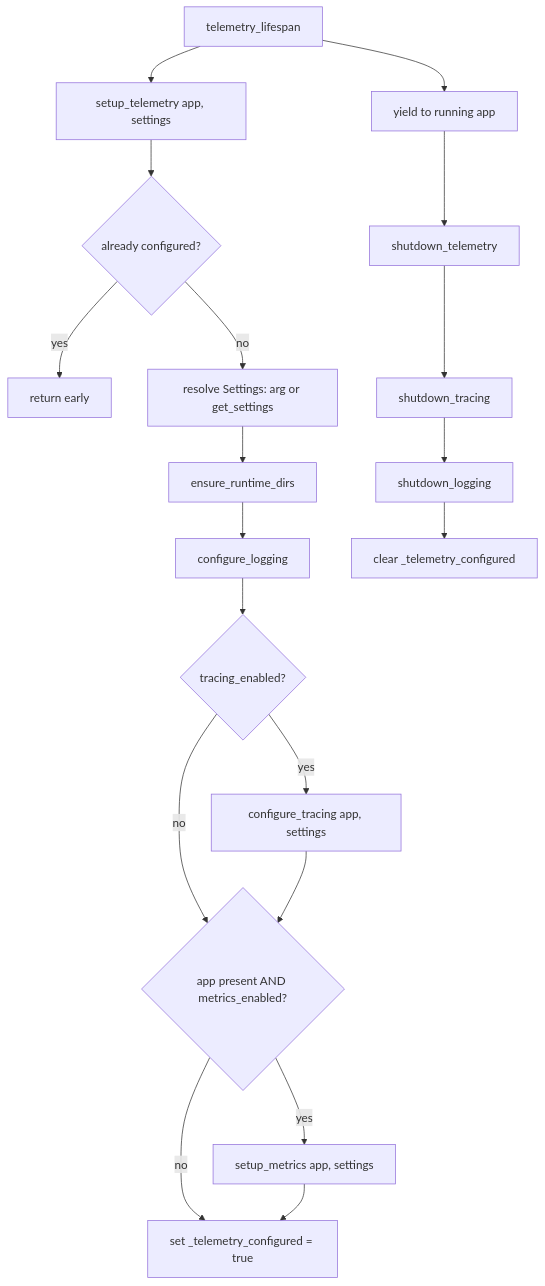
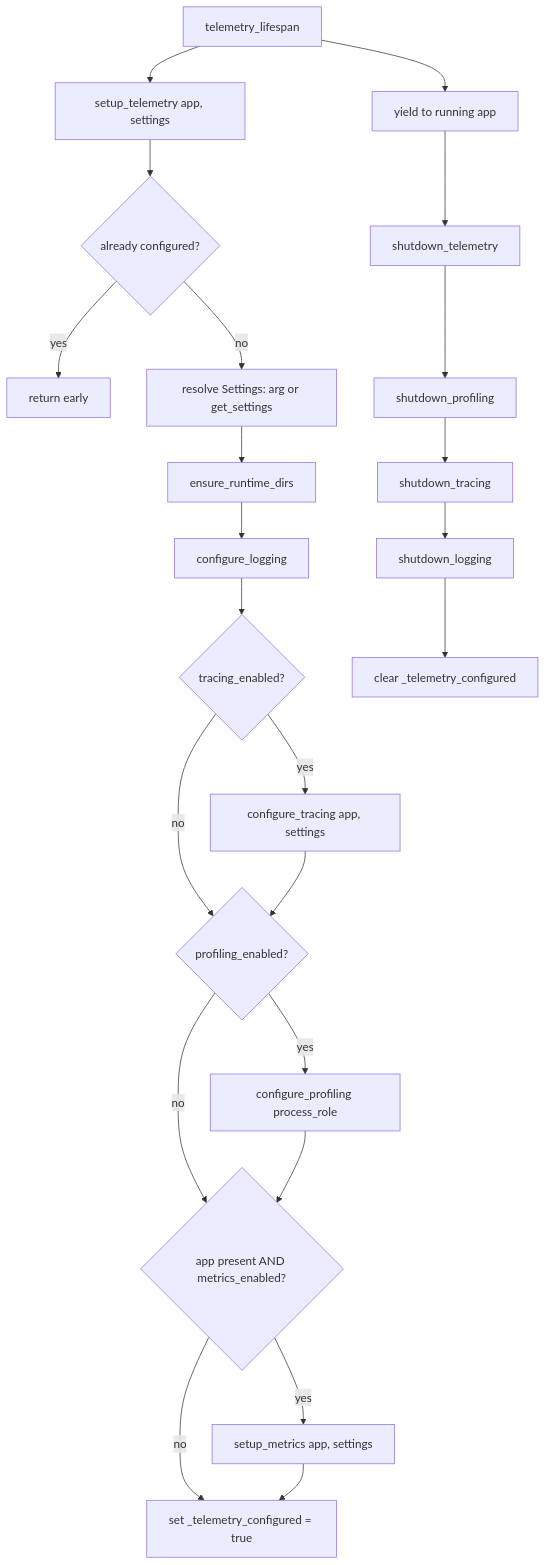
Before and after one commit to atebites-hub/PJTemplate: the diagram in docs/code/server/logging/telemetry.md, drawn with Mermaid. The commit also changed other lines of this file and 18 other files, not shown here.

````diff
--- a/docs/code/server/logging/telemetry.md
+++ b/docs/code/server/logging/telemetry.md
@@ -18,22 +19,26 @@
 ```mermaid
 flowchart TD
     A[setup_telemetry app, settings] --> B{already configured?}
     B -- yes --> Z[return early]
     B -- no --> C[resolve Settings: arg or get_settings]
     C --> D[ensure_runtime_dirs]
     D --> E[configure_logging]
     E --> F{tracing_enabled?}
     F -- yes --> G[configure_tracing app, settings]
     F -- no --> H
-    G --> H{app present AND metrics_enabled?}
-    H -- yes --> I[setup_metrics app, settings]
-    H -- no --> J[set _telemetry_configured = true]
-    I --> J
+    G --> H{profiling_enabled?}
+    H -- yes --> I[configure_profiling process_role]
+    H -- no --> J
+    I --> J{app present AND metrics_enabled?}
+    J -- yes --> K[setup_metrics app, settings]
+    J -- no --> L[set _telemetry_configured = true]
+    K --> L
 
-    K[telemetry_lifespan] --> A
-    K --> L[yield to running app]
-    L --> M[shutdown_telemetry]
-    M --> N[shutdown_tracing]
-    N --> O[shutdown_logging]
-    O --> P[clear _telemetry_configured]
+    M[telemetry_lifespan] --> A
+    M --> N[yield to running app]
+    N --> O[shutdown_telemetry]
+    O --> P[shutdown_profiling]
+    P --> Q[shutdown_tracing]
+    Q --> R[shutdown_logging]
+    R --> S[clear _telemetry_configured]
 ```
````
